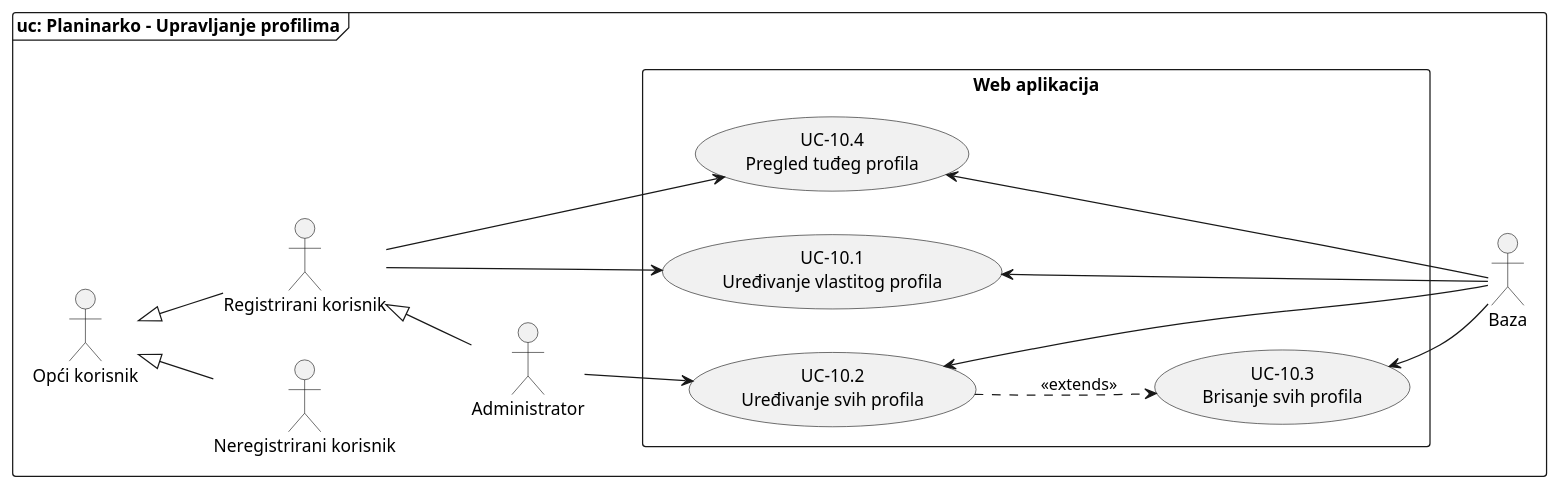
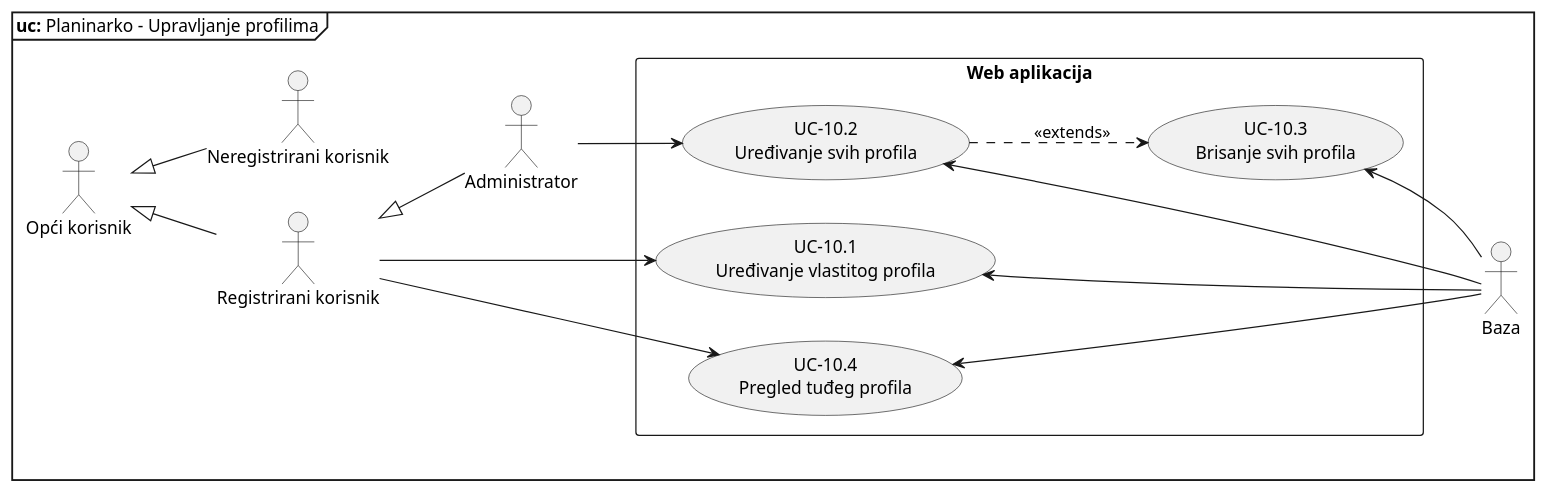
One commit to Vito510/progi-projekt changed the diagram in docs/diagrams/do3.wsd. Above: the diagram before and after it, drawn with PlantUML. The commit also changed 11 other files, not shown here.

Commit message:
frame zamijenjen s mainframe

```diff
--- a/docs/diagrams/do3.wsd
+++ b/docs/diagrams/do3.wsd
@@ -1,35 +1,33 @@
 @startuml uredivanjeProfilaDijagram
 left to right direction
 
-frame "uc: Planinarko - Upravljanje profilima" {
-  skinparam packageStyle rectangle
-  actor "Opći korisnik" as A2
-  actor "Neregistrirani korisnik" as A1
-  actor "Registrirani korisnik" as A5
-  actor "Administrator" as A4
-  rectangle "Web aplikacija" as rect{
-    usecase "UC-10.1\nUređivanje vlastitog profila" as UC10.1
-    usecase "UC-10.2\nUređivanje svih profila" as UC10.2
-    usecase "UC-10.3\nBrisanje svih profila" as UC10.3
-    usecase "UC-10.4\nPregled tuđeg profila" as UC10.4
-  }
-  actor "Baza" as AB
+mainframe **uc:** Planinarko - Upravljanje profilima
+actor "Opći korisnik" as A2
+actor "Neregistrirani korisnik" as A1
+actor "Registrirani korisnik" as A5
+actor "Administrator" as A4
+rectangle "Web aplikacija" as rect{
+  usecase "UC-10.1\nUređivanje vlastitog profila" as UC10.1
+  usecase "UC-10.2\nUređivanje svih profila" as UC10.2
+  usecase "UC-10.3\nBrisanje svih profila" as UC10.3
+  usecase "UC-10.4\nPregled tuđeg profila" as UC10.4
+}
+actor "Baza" as AB
 
-  ' nasljedivanje
-  A5 <|-- A4
-  A2 <|-- A5
-  A2 <|-- A1
+' nasljedivanje
+A5 <|-- A4
+A2 <|-- A5
+A2 <|-- A1
 
-  A5 --> UC10.1
-  A4 --> UC10.2
-  A5 --> UC10.4
+A5 --> UC10.1
+A4 --> UC10.2
+A5 --> UC10.4
 
-  UC10.2 ..> UC10.3 : <<extends>>
+UC10.2 ..> UC10.3 : <<extends>>
 
-  UC10.1 <-- AB
-  UC10.2 <-- AB
-  UC10.3 <-- AB
-  UC10.4 <-- AB
-}
+UC10.1 <-- AB
+UC10.2 <-- AB
+UC10.3 <-- AB
+UC10.4 <-- AB
 
 @enduml
```
